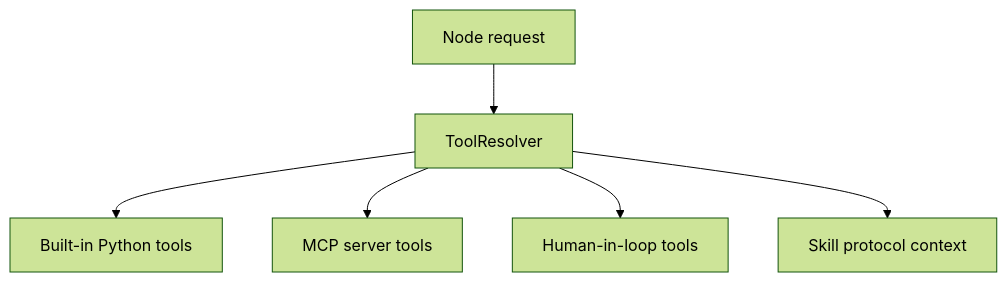
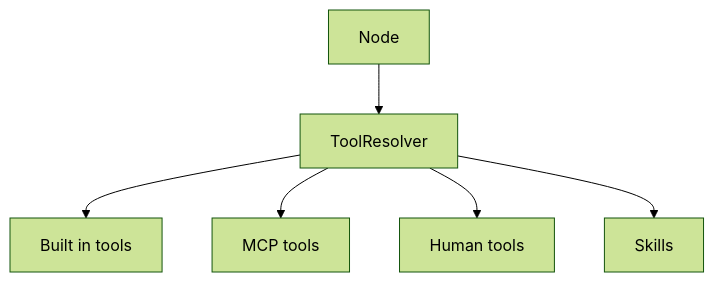
Before and after one commit to Strategic-Automation/arachne: the fourth of 9 diagrams in docs/explanation/architecture.md, drawn with Mermaid (forest theme). The commit also changed other lines of this file and 2 other files, not shown here.

Commit message:
docs: simplify Mermaid diagrams for GitHub rendering

````diff
--- a/docs/explanation/architecture.md
+++ b/docs/explanation/architecture.md
@@ -157,8 +107,14 @@
 ```mermaid
-flowchart TD
-    Node[Node request] --> Resolver[ToolResolver]
-    Resolver --> Builtins[Built-in Python tools]
-    Resolver --> MCP[MCP server tools]
-    Resolver --> Human[Human-in-loop tools]
-    Resolver --> Skills[Skill protocol context]
+graph TD
+    A[Node]
+    B[ToolResolver]
+    C[Built in tools]
+    D[MCP tools]
+    E[Human tools]
+    F[Skills]
+    A --> B
+    B --> C
+    B --> D
+    B --> E
+    B --> F
 ```
````
